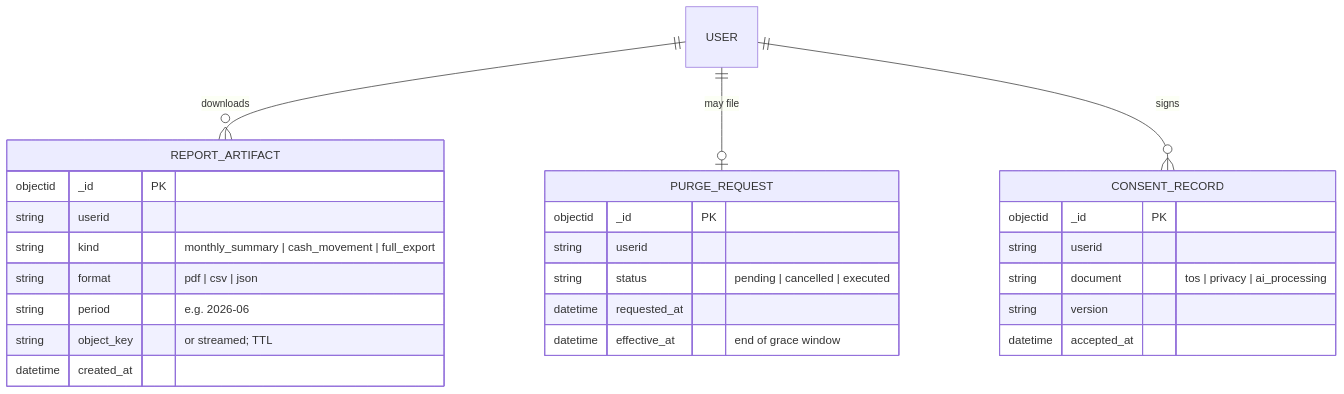
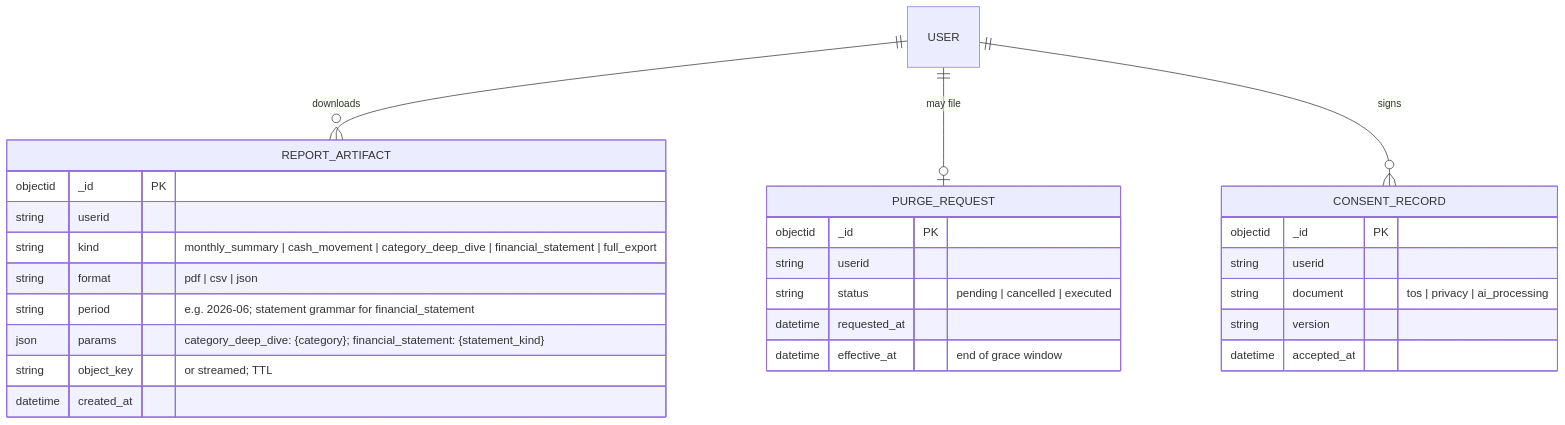
The second of 3 diagrams in docs/data-model.md (cuesoftinc/expendit), drawn with Mermaid before and after one commit. The commit also changed other lines of this file and 13 other files, not shown here.

First line of the commit message:
docs: financial-platform completeness — remittance authorities, statement capture/analysis gaps, X-10 identity tiers (#187)

````diff
--- a/docs/data-model.md
+++ b/docs/data-model.md
@@ -94,30 +95,31 @@
 ```mermaid
 erDiagram
     USER ||--o{ REPORT_ARTIFACT : downloads
     USER ||--o| PURGE_REQUEST : "may file"
     USER ||--o{ CONSENT_RECORD : signs
 
     REPORT_ARTIFACT {
         objectid _id PK
         string userid
-        string kind "monthly_summary | cash_movement | full_export"
+        string kind "monthly_summary | cash_movement | category_deep_dive | financial_statement | full_export"
         string format "pdf | csv | json"
-        string period "e.g. 2026-06"
+        string period "e.g. 2026-06; statement grammar for financial_statement"
+        json params "category_deep_dive: {category}; financial_statement: {statement_kind}"
         string object_key "or streamed; TTL"
         datetime created_at
     }
     PURGE_REQUEST {
         objectid _id PK
         string userid
         string status "pending | cancelled | executed"
         datetime requested_at
         datetime effective_at "end of grace window"
     }
     CONSENT_RECORD {
         objectid _id PK
         string userid
         string document "tos | privacy | ai_processing"
         string version
         datetime accepted_at
     }
 ```
````
